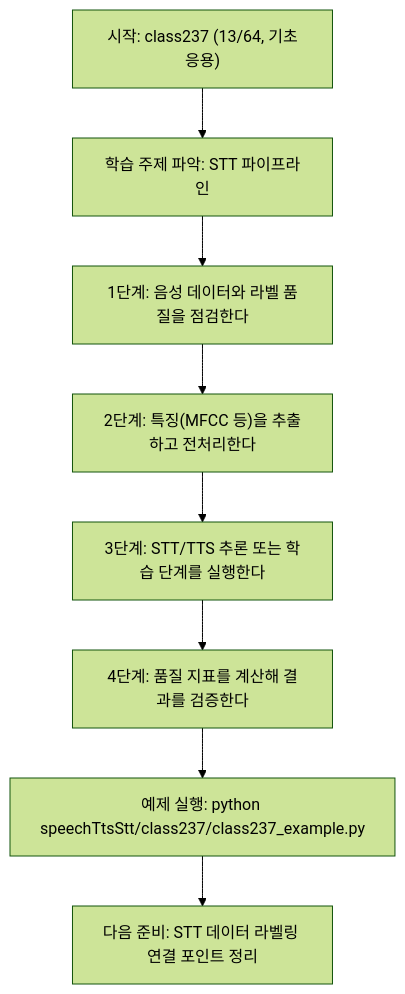
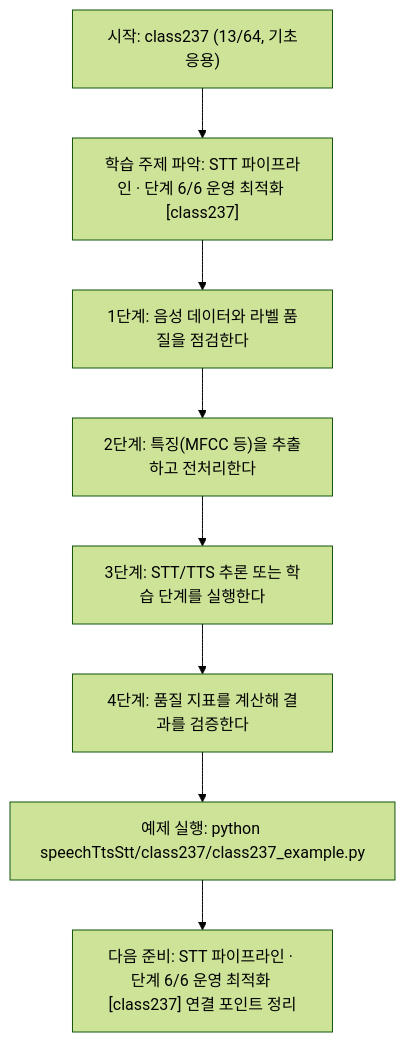
One commit to edumgt/Python-AI_Agent-Class changed the diagram in speechTtsStt/class237/class237.md. Above: the diagram before and after it, drawn with Mermaid (forest theme). The commit also changed other lines of this file and 522 other files, not shown here.

````diff
--- a/speechTtsStt/class237/class237.md
+++ b/speechTtsStt/class237/class237.md
@@ -112,18 +113,18 @@
 ```mermaid
 flowchart TD
 N1["시작: class237 (13/64, 기초응용)"]
-N2["학습 주제 파악: STT 파이프라인"]
+N2["학습 주제 파악: STT 파이프라인 · 단계 6/6 운영 최적화 [class237]"]
 N3["1단계: 음성 데이터와 라벨 품질을 점검한다"]
 N4["2단계: 특징(MFCC 등)을 추출하고 전처리한다"]
 N5["3단계: STT/TTS 추론 또는 학습 단계를 실행한다"]
 N6["4단계: 품질 지표를 계산해 결과를 검증한다"]
 N7["예제 실행: python speechTtsStt/class237/class237_example.py"]
-N8["다음 준비: STT 데이터 라벨링 연결 포인트 정리"]
+N8["다음 준비: STT 파이프라인 · 단계 6/6 운영 최적화 [class237] 연결 포인트 정리"]
 N1 --> N2
 N2 --> N3
 N3 --> N4
 N4 --> N5
 N5 --> N6
 N6 --> N7
 N7 --> N8
 ```
````
